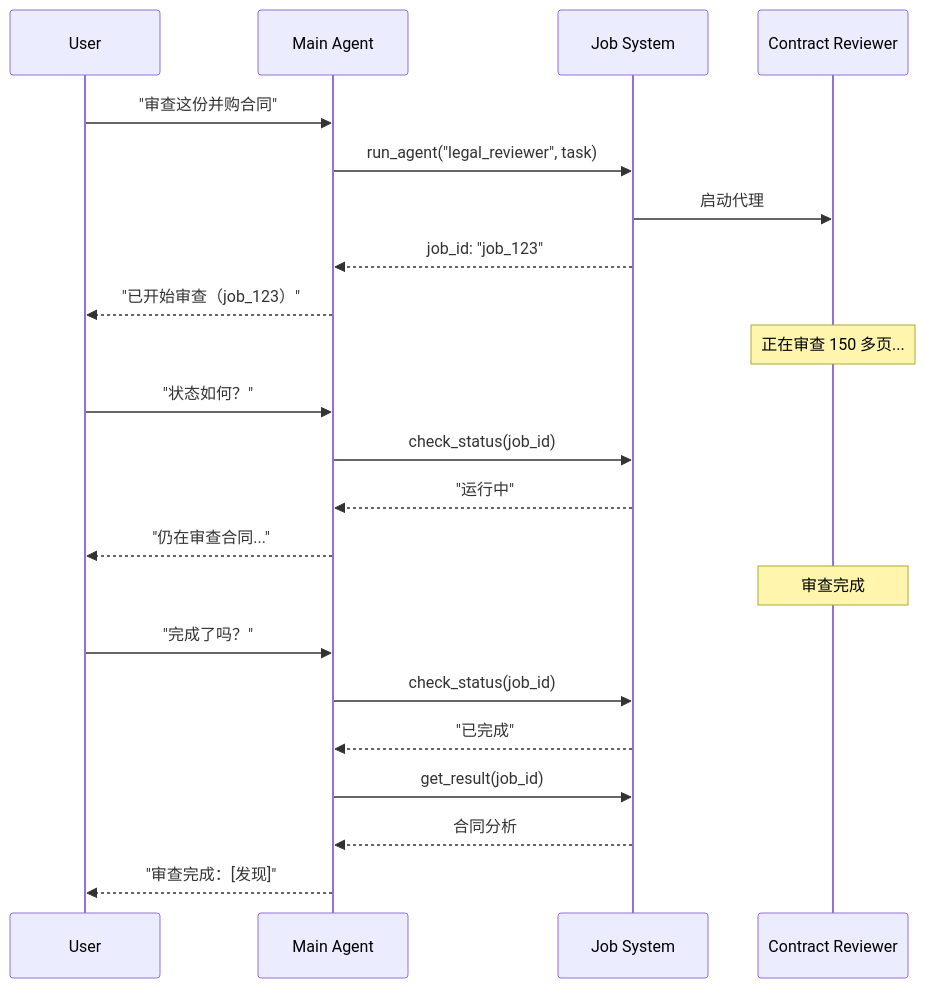
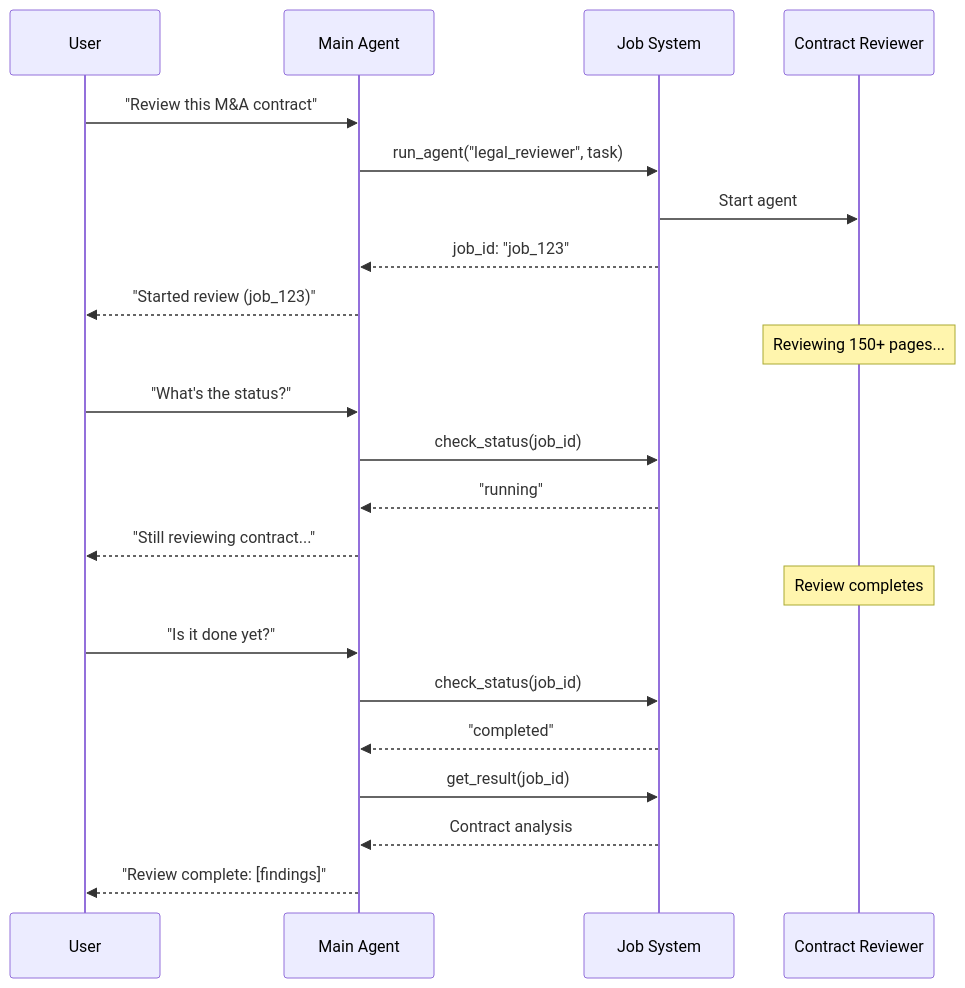
The third of 5 diagrams in oss/python/langchain/multi-agent/subagents.mdx (kunfan96/cndocs-langchain), drawn with Mermaid before and after one commit. The commit also changed other lines of this file and 2538 other files, not shown here.

````diff
--- a/oss/python/langchain/multi-agent/subagents.mdx
+++ b/oss/python/langchain/multi-agent/subagents.mdx
@@ -132,29 +132,29 @@
 ```mermaid
 sequenceDiagram
     participant User
     participant Main Agent
     participant Job System
     participant Contract Reviewer
 
-    User->>Main Agent: "审查这份并购合同"
+    User->>Main Agent: "Review this M&A contract"
     Main Agent->>Job System: run_agent("legal_reviewer", task)
-    Job System->>Contract Reviewer: 启动代理
+    Job System->>Contract Reviewer: Start agent
     Job System-->>Main Agent: job_id: "job_123"
-    Main Agent-->>User: "已开始审查（job_123）"
+    Main Agent-->>User: "Started review (job_123)"
 
-    Note over Contract Reviewer: 正在审查 150 多页...
+    Note over Contract Reviewer: Reviewing 150+ pages...
 
-    User->>Main Agent: "状态如何？"
+    User->>Main Agent: "What's the status?"
     Main Agent->>Job System: check_status(job_id)
-    Job System-->>Main Agent: "运行中"
-    Main Agent-->>User: "仍在审查合同..."
+    Job System-->>Main Agent: "running"
+    Main Agent-->>User: "Still reviewing contract..."
 
-    Note over Contract Reviewer: 审查完成
+    Note over Contract Reviewer: Review completes
 
-    User->>Main Agent: "完成了吗？"
+    User->>Main Agent: "Is it done yet?"
     Main Agent->>Job System: check_status(job_id)
-    Job System-->>Main Agent: "已完成"
+    Job System-->>Main Agent: "completed"
     Main Agent->>Job System: get_result(job_id)
-    Job System-->>Main Agent: 合同分析
-    Main Agent-->>User: "审查完成：[发现]"
+    Job System-->>Main Agent: Contract analysis
+    Main Agent-->>User: "Review complete: [findings]"
 ```
````
